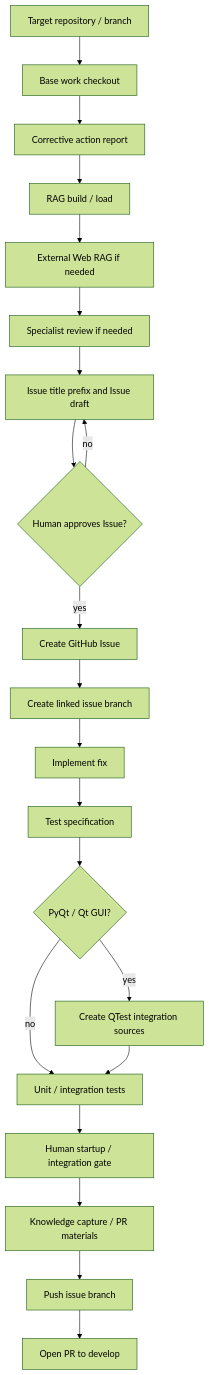
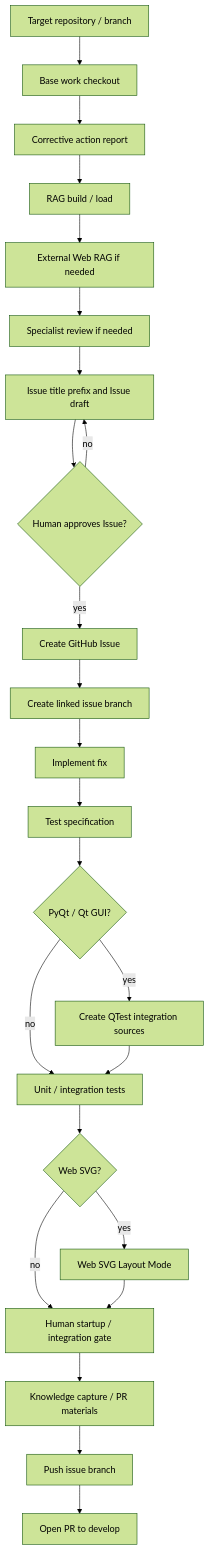
Before and after one commit to inabako/ariadne-ai-workflow-platform: the seventh of 13 diagrams in docs/diagrams/workflow-flowcharts.md, drawn with Mermaid (forest theme). The commit also changed other lines of this file and 32 other files, not shown here.

````diff
--- a/docs/diagrams/workflow-flowcharts.md
+++ b/docs/diagrams/workflow-flowcharts.md
@@ -154,23 +160,26 @@
 ```mermaid
 flowchart TD
   A[Target repository / branch] --> B[Base work checkout]
   B --> C[Corrective action report]
   C --> D[RAG build / load]
   D --> E[External Web RAG if needed]
   E --> F[Specialist review if needed]
   F --> G[Issue title prefix and Issue draft]
   G --> H{Human approves Issue?}
   H -- no --> G
   H -- yes --> I[Create GitHub Issue]
   I --> J[Create linked issue branch]
   J --> K[Implement fix]
   K --> L[Test specification]
   L --> M{PyQt / Qt GUI?}
   M -- yes --> N[Create QTest integration sources]
   M -- no --> O[Unit / integration tests]
   N --> O
-  O --> P[Human startup / integration gate]
-  P --> Q[Knowledge capture / PR materials]
-  Q --> R[Push issue branch]
-  R --> S[Open PR to develop]
+  O --> P{Web SVG?}
+  P -- yes --> Q[Web SVG Layout Mode]
+  P -- no --> R[Human startup / integration gate]
+  Q --> R
+  R --> S[Knowledge capture / PR materials]
+  S --> T[Push issue branch]
+  T --> U[Open PR to develop]
 ```
````
